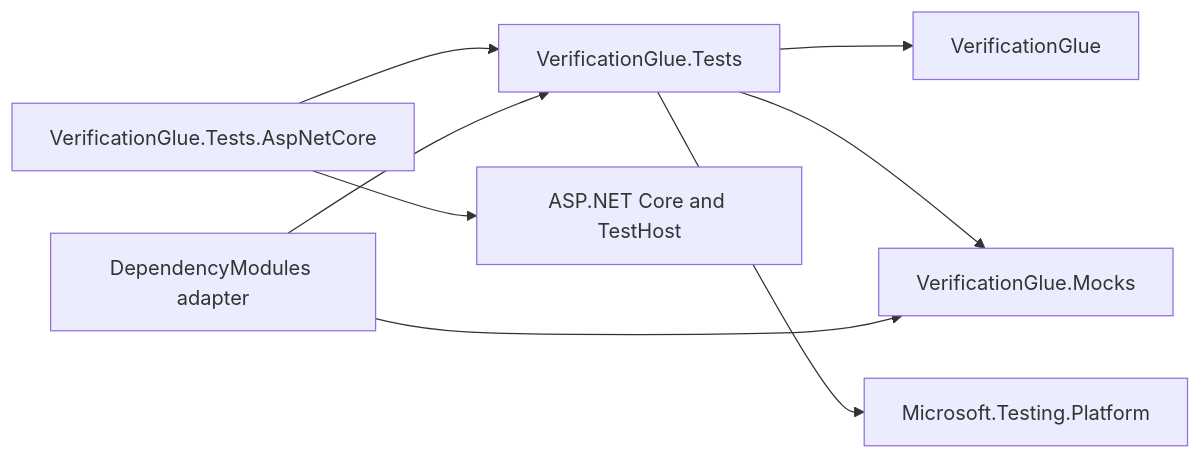
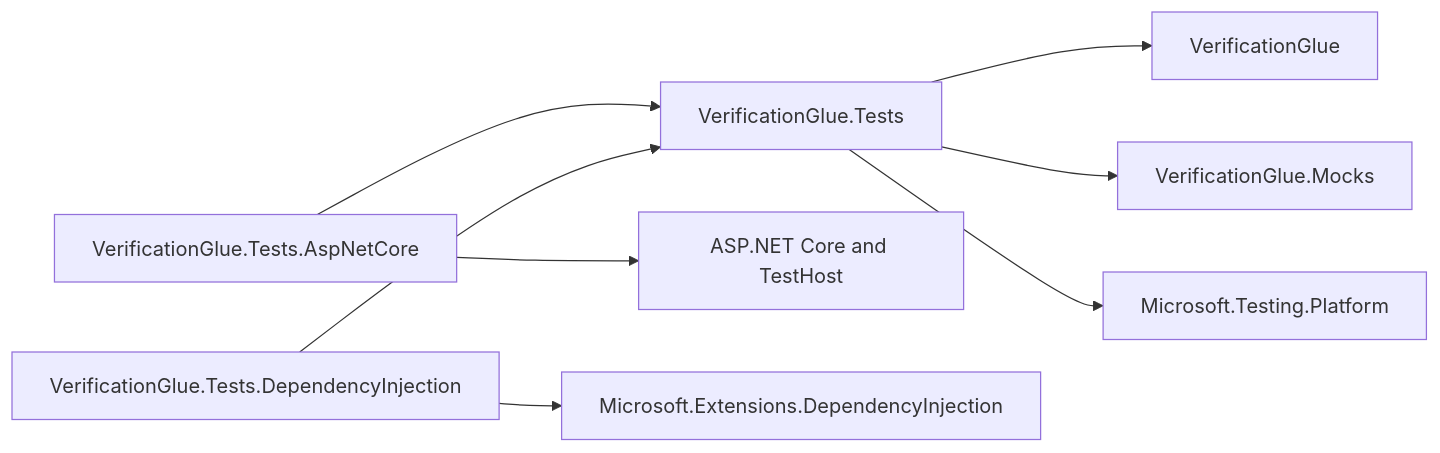
The diagram in docs/north-star.md (ipjohnson/VerificationGlue), drawn with Mermaid before and after one commit. The commit also changed other lines of this file and 32 other files, not shown here.

First line of the commit message:
Add DependencyModules modules to [ServiceCollection] containers

````diff
--- a/docs/north-star.md
+++ b/docs/north-star.md
@@ -50,10 +51,10 @@
 ```mermaid
 flowchart LR
     A["VerificationGlue.Tests.AspNetCore"] --> T["VerificationGlue.Tests"]
     A --> AC["ASP.NET Core and TestHost"]
     T --> V["VerificationGlue"]
     T --> M["VerificationGlue.Mocks"]
     T --> P["Microsoft.Testing.Platform"]
-    DM["DependencyModules adapter"] --> T
-    DM --> M
+    D["VerificationGlue.Tests.DependencyInjection"] --> T
+    D --> DI["Microsoft.Extensions.DependencyInjection"]
 ```
````
